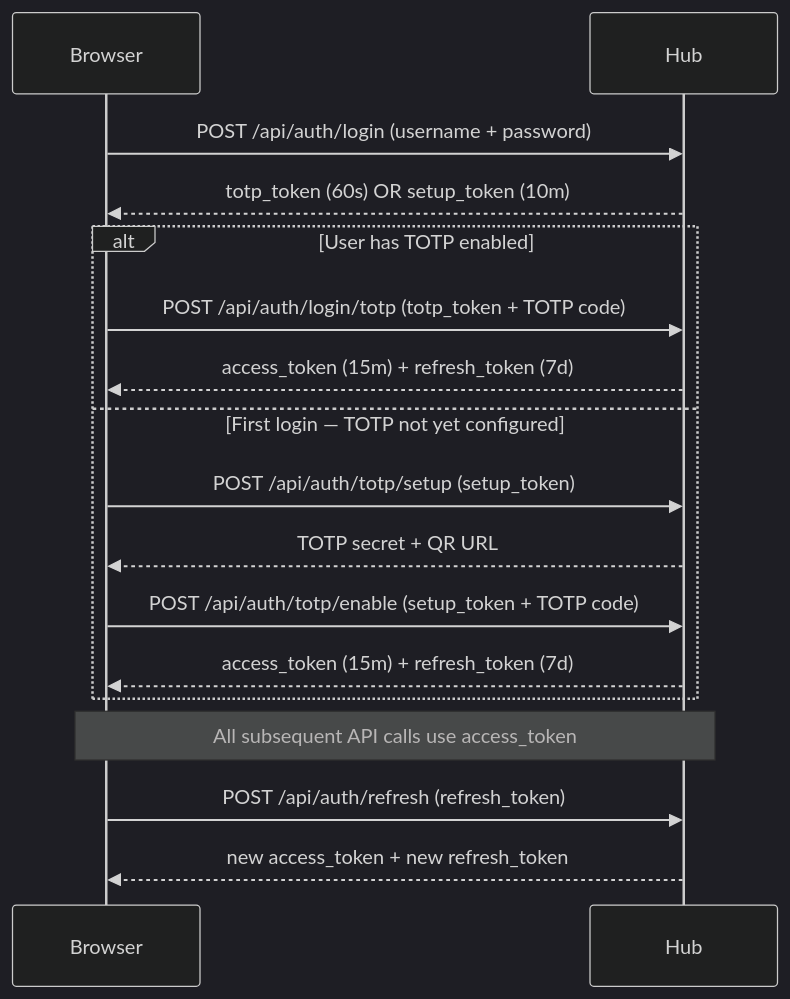
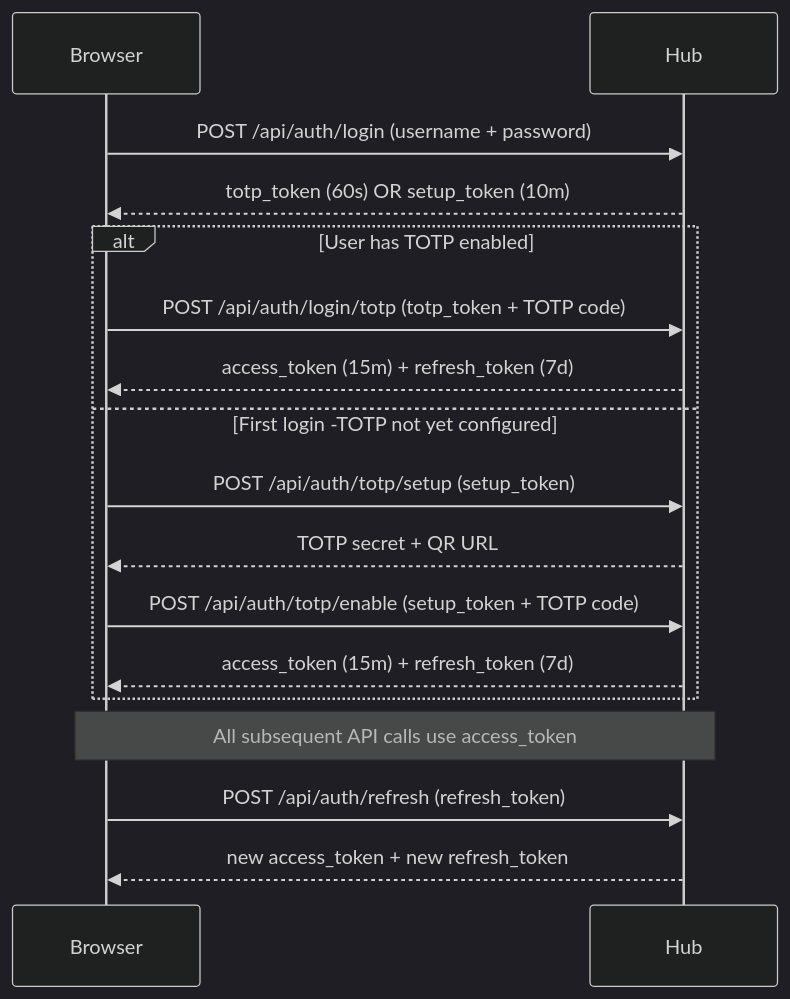
One commit to lorconksu/aerodocs changed the second of 2 diagrams in docs/engineering/architecture.md. Above: the diagram before and after it, drawn with Mermaid (dark theme). The commit also changed other lines of this file and 15 other files, not shown here.

````diff
--- a/docs/engineering/architecture.md
+++ b/docs/engineering/architecture.md
@@ -210,23 +210,23 @@
 ```mermaid
 sequenceDiagram
     participant Browser
     participant Hub
 
     Browser->>Hub: POST /api/auth/login (username + password)
     Hub-->>Browser: totp_token (60s) OR setup_token (10m)
 
     alt User has TOTP enabled
         Browser->>Hub: POST /api/auth/login/totp (totp_token + TOTP code)
         Hub-->>Browser: access_token (15m) + refresh_token (7d)
-    else First login — TOTP not yet configured
+    else First login -TOTP not yet configured
         Browser->>Hub: POST /api/auth/totp/setup (setup_token)
         Hub-->>Browser: TOTP secret + QR URL
         Browser->>Hub: POST /api/auth/totp/enable (setup_token + TOTP code)
         Hub-->>Browser: access_token (15m) + refresh_token (7d)
     end
 
     Note over Browser,Hub: All subsequent API calls use access_token
 
     Browser->>Hub: POST /api/auth/refresh (refresh_token)
     Hub-->>Browser: new access_token + new refresh_token
 ```
````
